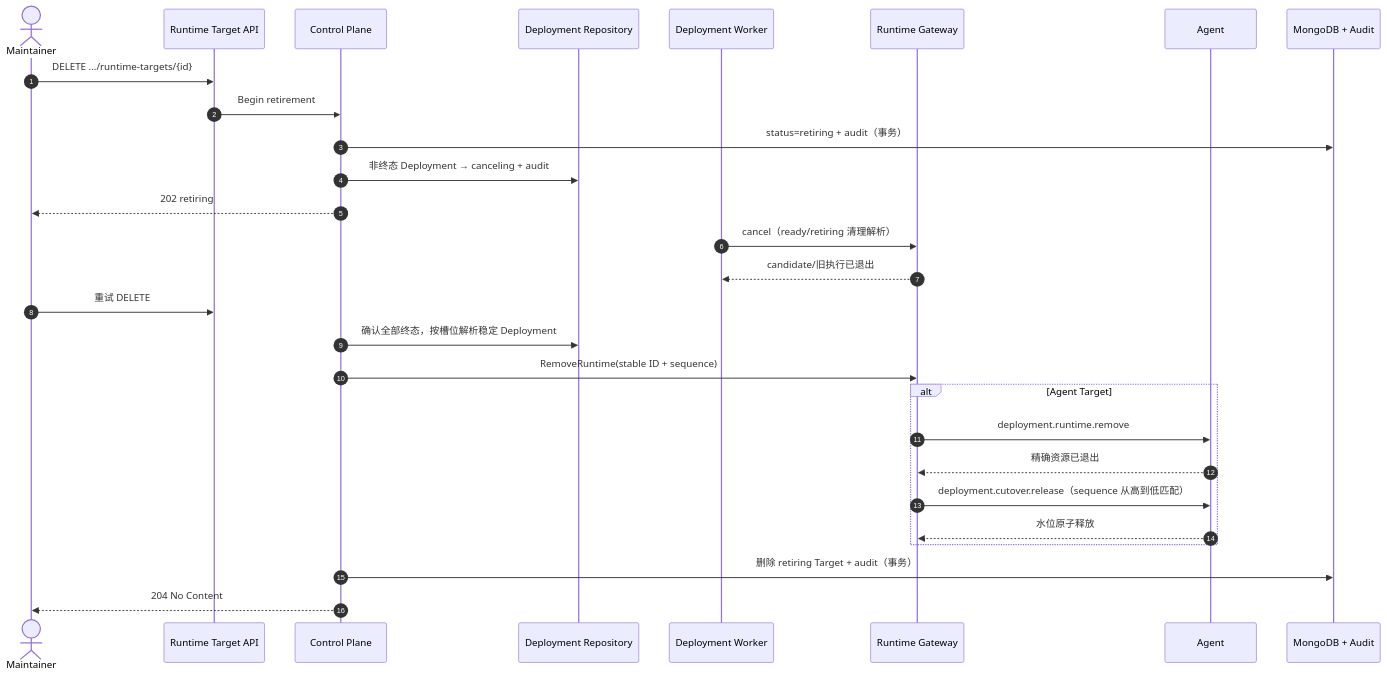
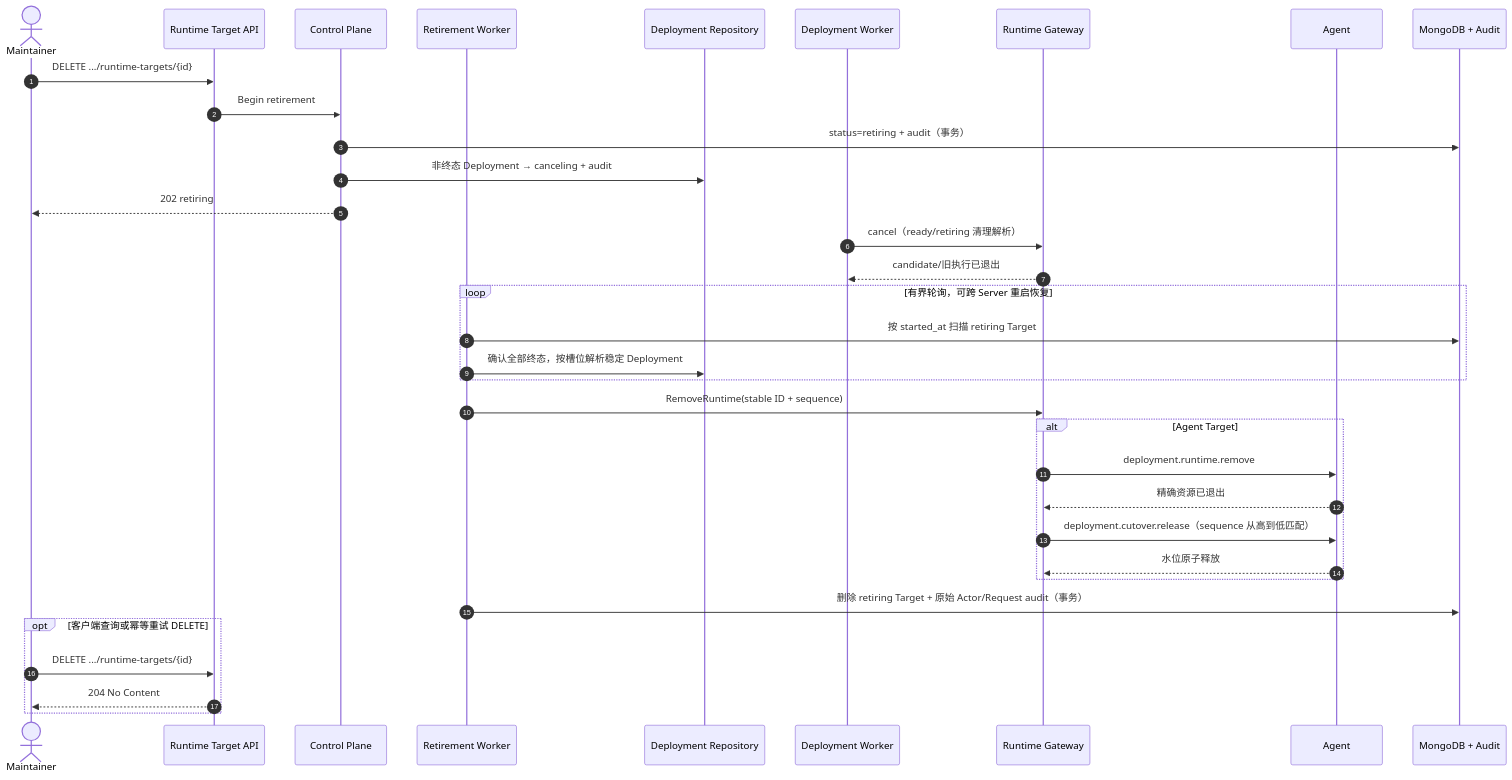
Before and after one commit to owndock/owndock: the seventh of 17 diagrams in docs/flows.md, drawn with Mermaid. The commit also changed other lines of this file and 16 other files, not shown here.

Commit message:
feat: resume runtime target retirement in background

````diff
--- a/docs/flows.md
+++ b/docs/flows.md
@@ -222,31 +222,37 @@
 ```mermaid
 sequenceDiagram
     autonumber
     actor M as Maintainer
     participant API as Runtime Target API
     participant CP as Control Plane
+    participant RW as Retirement Worker
     participant DQ as Deployment Repository
     participant W as Deployment Worker
     participant RG as Runtime Gateway
     participant A as Agent
     participant DB as MongoDB + Audit
 
     M->>API: DELETE .../runtime-targets/{id}
     API->>CP: Begin retirement
     CP->>DB: status=retiring + audit（事务）
     CP->>DQ: 非终态 Deployment → canceling + audit
     CP-->>M: 202 retiring
     W->>RG: cancel（ready/retiring 清理解析）
     RG-->>W: candidate/旧执行已退出
-    M->>API: 重试 DELETE
-    CP->>DQ: 确认全部终态，按槽位解析稳定 Deployment
-    CP->>RG: RemoveRuntime(stable ID + sequence)
+    loop 有界轮询，可跨 Server 重启恢复
+        RW->>DB: 按 started_at 扫描 retiring Target
+        RW->>DQ: 确认全部终态，按槽位解析稳定 Deployment
+    end
+    RW->>RG: RemoveRuntime(stable ID + sequence)
     alt Agent Target
         RG->>A: deployment.runtime.remove
         A-->>RG: 精确资源已退出
         RG->>A: deployment.cutover.release（sequence 从高到低匹配）
         A-->>RG: 水位原子释放
     end
-    CP->>DB: 删除 retiring Target + audit（事务）
-    CP-->>M: 204 No Content
+    RW->>DB: 删除 retiring Target + 原始 Actor/Request audit（事务）
+    opt 客户端查询或幂等重试 DELETE
+        M->>API: DELETE .../runtime-targets/{id}
+        API-->>M: 204 No Content
+    end
 ```
````
